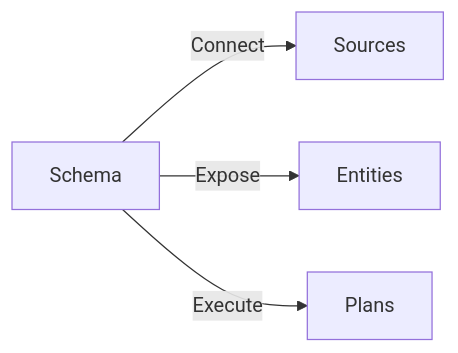
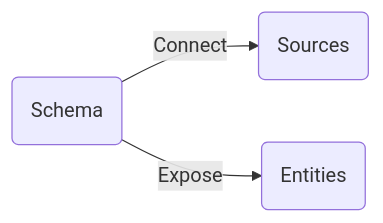
One commit to anismegdiche/metal-server changed the third of 7 diagrams in docs/documentation/about.md. Above: the diagram before and after it, drawn with Mermaid. The commit also changed other lines of this file and 125 other files, not shown here.

````diff
--- a/docs/documentation/about.md
+++ b/docs/documentation/about.md
@@ -86,6 +87,5 @@
 ```mermaid
 graph LR
-Schema -- Connect --> Sources
-Schema -- Expose --> Entities
-Schema -- Execute --> Plans
+    Schema(Schema) -- Connect --> Sources(Sources)
+    Schema(Schema) -- Expose --> Entities(Entities)
 ```
````
